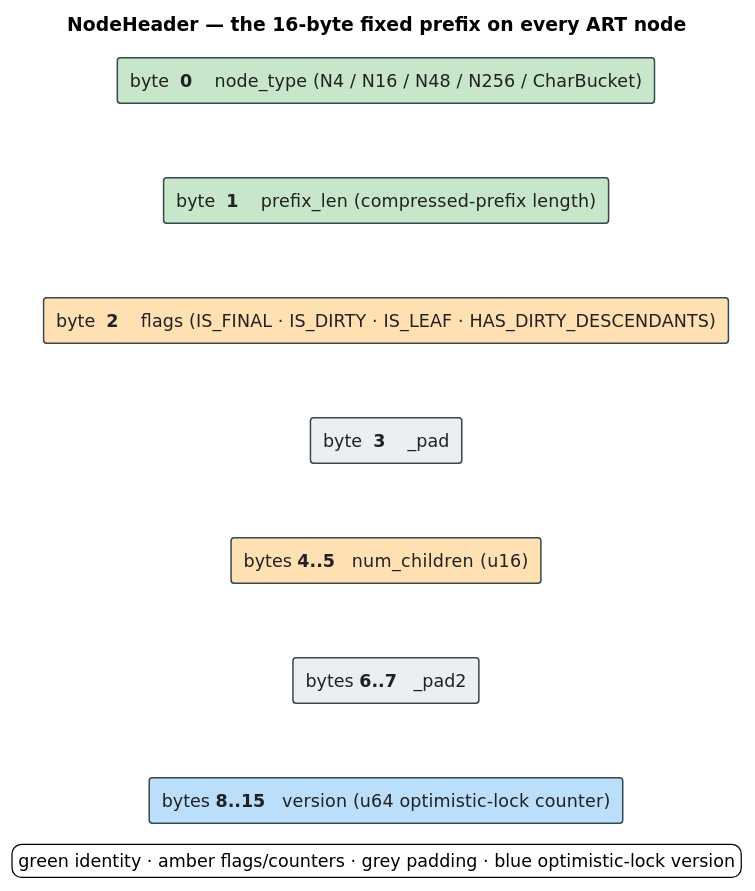
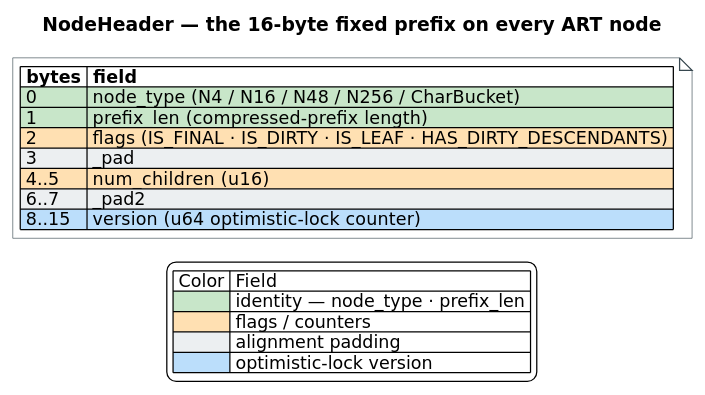
One commit to vinary-tree/libdictenstein changed the diagram in docs/diagrams/src/node-header.puml. Above: the diagram before and after it, drawn with PlantUML. The commit also changed 80 other files, not shown here.

First line of the commit message:
docs: diagram contiguity/swatch overhaul + persistence-doc correctness review

```diff
--- a/docs/diagrams/src/node-header.puml
+++ b/docs/diagrams/src/node-header.puml
@@ -1,39 +1,41 @@
 @startuml node-header
 ' ============================================================================
 ' node-header.puml — the 16-byte NodeHeader on every persistent ART node.
 ' Source of truth: src/persistent_artrie/nodes/mod.rs (struct NodeHeader).
-' Replaces the tiny bytefield SVG with a compact, colored, viewBox'd byte-field.
-' Color key: green identity · amber flag/counter · grey pad · blue version
+' Drawn as a CONTIGUOUS colored byte table (offset column + field column, one row
+' per field) hosted in a floating note; rows share borders (no gaps). Full-cell
+' color via Creole |<#hex>| cells.
+' Color key: green identity · amber flags/counters · grey padding · blue version
 ' ============================================================================
 skinparam defaultFontSize 14
 skinparam shadowing false
 skinparam backgroundColor #FFFFFF
 skinparam defaultFontName "DejaVu Sans"
-skinparam rectangle {
+skinparam TitleFontSize 15
+skinparam noteFontSize 14
+skinparam note {
+  BackgroundColor #FFFFFF
   BorderColor #37474F
-  FontColor #212121
-  BorderThickness 1.2
 }
-skinparam TitleFontSize 15
 
 title NodeHeader — the 16-byte fixed prefix on every ART node
 
-rectangle "byte  **0**    node_type  (N4 / N16 / N48 / N256 / CharBucket)" as R0 #C8E6C9
-rectangle "byte  **1**    prefix_len  (compressed-prefix length)" as R1 #C8E6C9
-rectangle "byte  **2**    flags  (IS_FINAL · IS_DIRTY · IS_LEAF · HAS_DIRTY_DESCENDANTS)" as R2 #FFE0B2
-rectangle "byte  **3**    _pad" as R3 #ECEFF1
-rectangle "bytes **4..5**   num_children  (u16)" as R4 #FFE0B2
-rectangle "bytes **6..7**   _pad2" as R5 #ECEFF1
-rectangle "bytes **8..15**   version  (u64 optimistic-lock counter)" as R6 #BBDEFB
-
-R0 -[hidden]down- R1
-R1 -[hidden]down- R2
-R2 -[hidden]down- R3
-R3 -[hidden]down- R4
-R4 -[hidden]down- R5
-R5 -[hidden]down- R6
+note as NH
+|= bytes |= field |
+|<#C8E6C9> 0 |<#C8E6C9> node_type  (N4 / N16 / N48 / N256 / CharBucket) |
+|<#C8E6C9> 1 |<#C8E6C9> prefix_len  (compressed-prefix length) |
+|<#FFE0B2> 2 |<#FFE0B2> flags  (IS_FINAL · IS_DIRTY · IS_LEAF · HAS_DIRTY_DESCENDANTS) |
+|<#ECEFF1> 3 |<#ECEFF1> _pad |
+|<#FFE0B2> 4..5 |<#FFE0B2> num_children  (u16) |
+|<#ECEFF1> 6..7 |<#ECEFF1> _pad2 |
+|<#BBDEFB> 8..15 |<#BBDEFB> version  (u64 optimistic-lock counter) |
+end note
 
 legend bottom
-  green identity · amber flags/counters · grey padding · blue optimistic-lock version
+| Color | Field |
+|<#C8E6C9>| identity — node_type · prefix_len |
+|<#FFE0B2>| flags / counters |
+|<#ECEFF1>| alignment padding |
+|<#BBDEFB>| optimistic-lock version |
 endlegend
 @enduml
```
